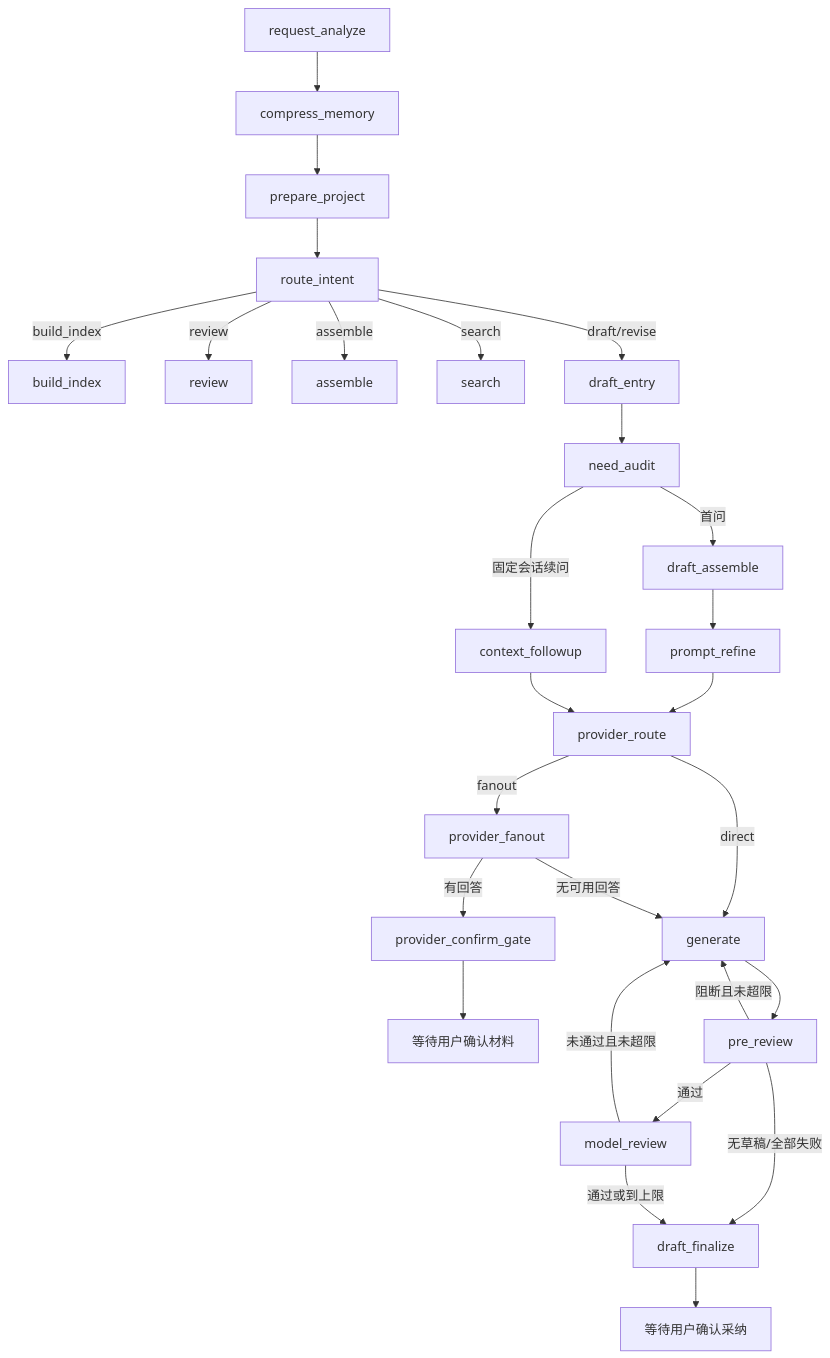
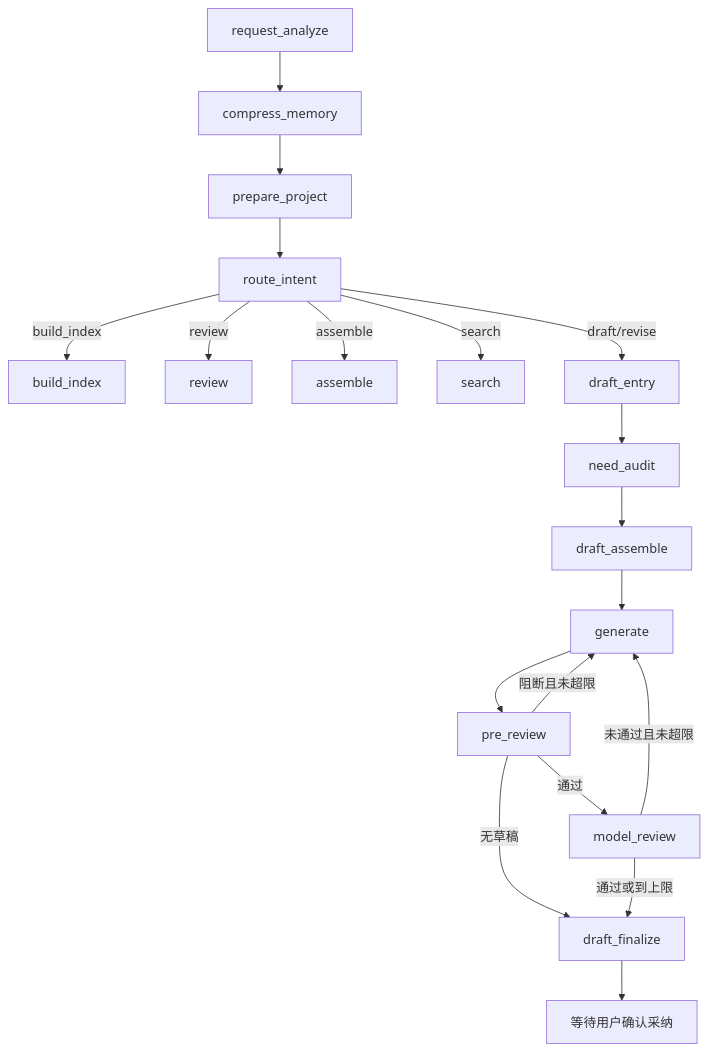
The second of 3 diagrams in projects/writing/DETAILED-DESIGN.md (Peter-So/Agentic-Writing-Workbench), drawn with Mermaid before and after one commit. The commit also changed other lines of this file and 72 other files, not shown here.

````diff
--- a/projects/writing/DETAILED-DESIGN.md
+++ b/projects/writing/DETAILED-DESIGN.md
@@ -238,29 +240,21 @@
 ```mermaid
 flowchart TD
     A[request_analyze] --> B[compress_memory]
     B --> C[prepare_project]
     C --> D[route_intent]
     D -->|build_index| E[build_index]
     D -->|review| F[review]
     D -->|assemble| G[assemble]
     D -->|search| H[search]
     D -->|draft/revise| I[draft_entry]
     I --> J[need_audit]
-    J -->|首问| K[draft_assemble]
-    J -->|固定会话续问| L[context_followup]
-    K --> M[prompt_refine]
-    M --> N[provider_route]
-    L --> N
-    N -->|fanout| O[provider_fanout]
-    N -->|direct| Q[generate]
-    O -->|有回答| P[provider_confirm_gate]
-    O -->|无可用回答| Q
-    P --> END1[等待用户确认材料]
+    J --> K[draft_assemble]
+    K --> Q[generate]
     Q --> R[pre_review]
     R -->|阻断且未超限| Q
     R -->|通过| S[model_review]
-    R -->|无草稿/全部失败| T[draft_finalize]
+    R -->|无草稿| T[draft_finalize]
     S -->|未通过且未超限| Q
     S -->|通过或到上限| T
     T --> END2[等待用户确认采纳]
 ```
````
